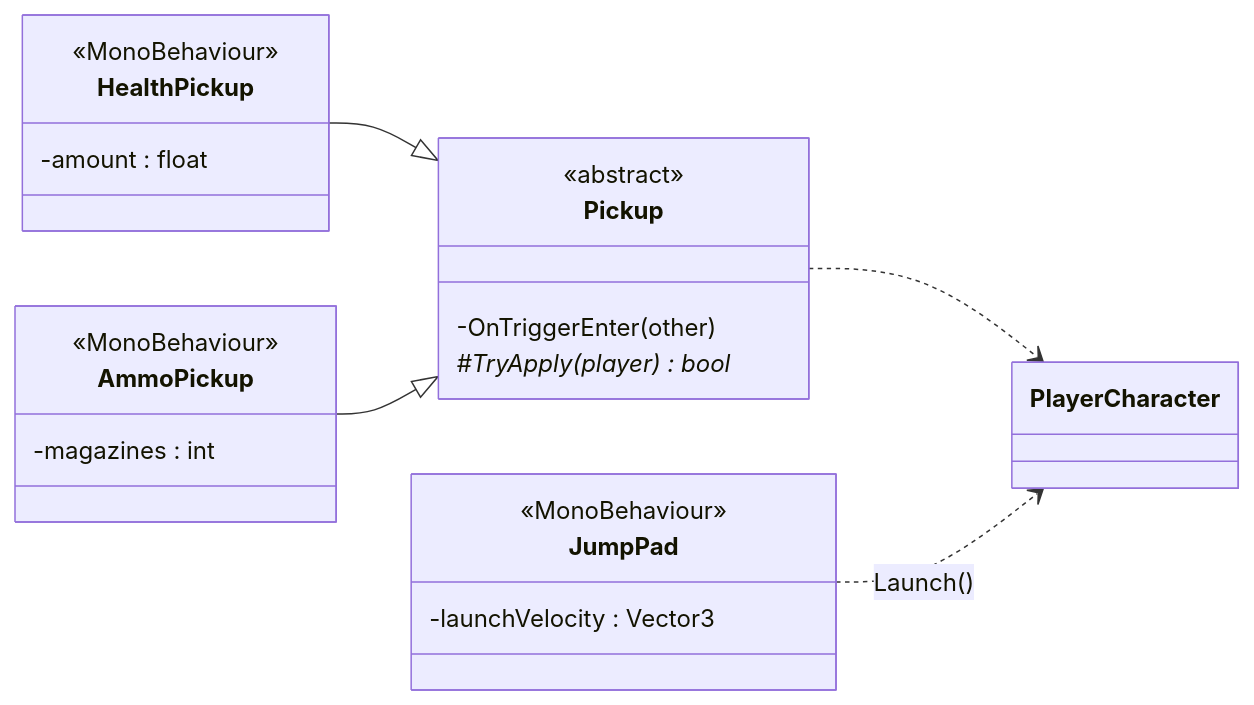
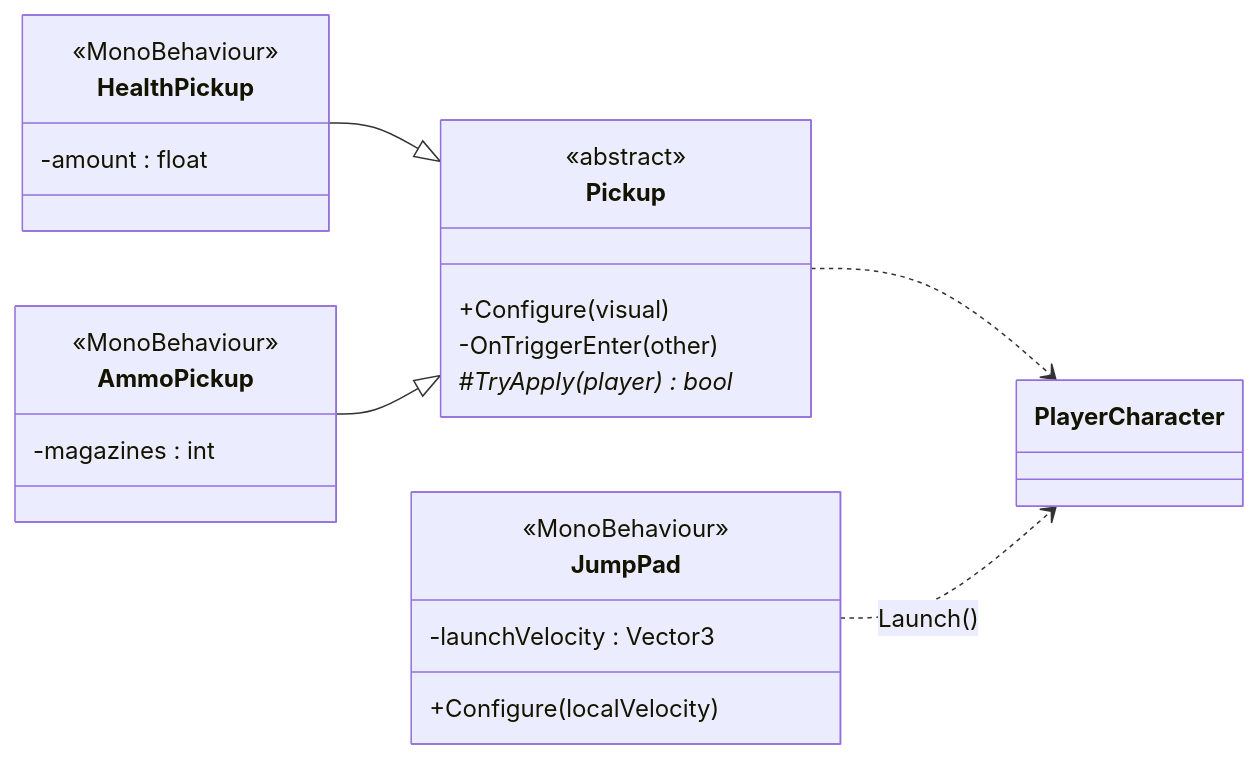
Before and after one commit to legatys/game: diagram 11 of 15 in Prod/Docs/UML.md, drawn with Mermaid. The commit also changed other lines of this file and 51 other files, not shown here.

````diff
--- a/Prod/Docs/UML.md
+++ b/Prod/Docs/UML.md
@@ -781,25 +798,27 @@
 ```mermaid
 classDiagram
     direction LR
     class Pickup {
         <<abstract>>
+        +Configure(visual)
         -OnTriggerEnter(other)
         #TryApply(player) bool*
     }
     class HealthPickup {
         <<MonoBehaviour>>
         -amount : float
     }
     class AmmoPickup {
         <<MonoBehaviour>>
         -magazines : int
     }
     class JumpPad {
         <<MonoBehaviour>>
         -launchVelocity : Vector3
+        +Configure(localVelocity)
     }
     HealthPickup --|> Pickup
     AmmoPickup --|> Pickup
     Pickup ..> PlayerCharacter
     JumpPad ..> PlayerCharacter : Launch()
 ```
````
